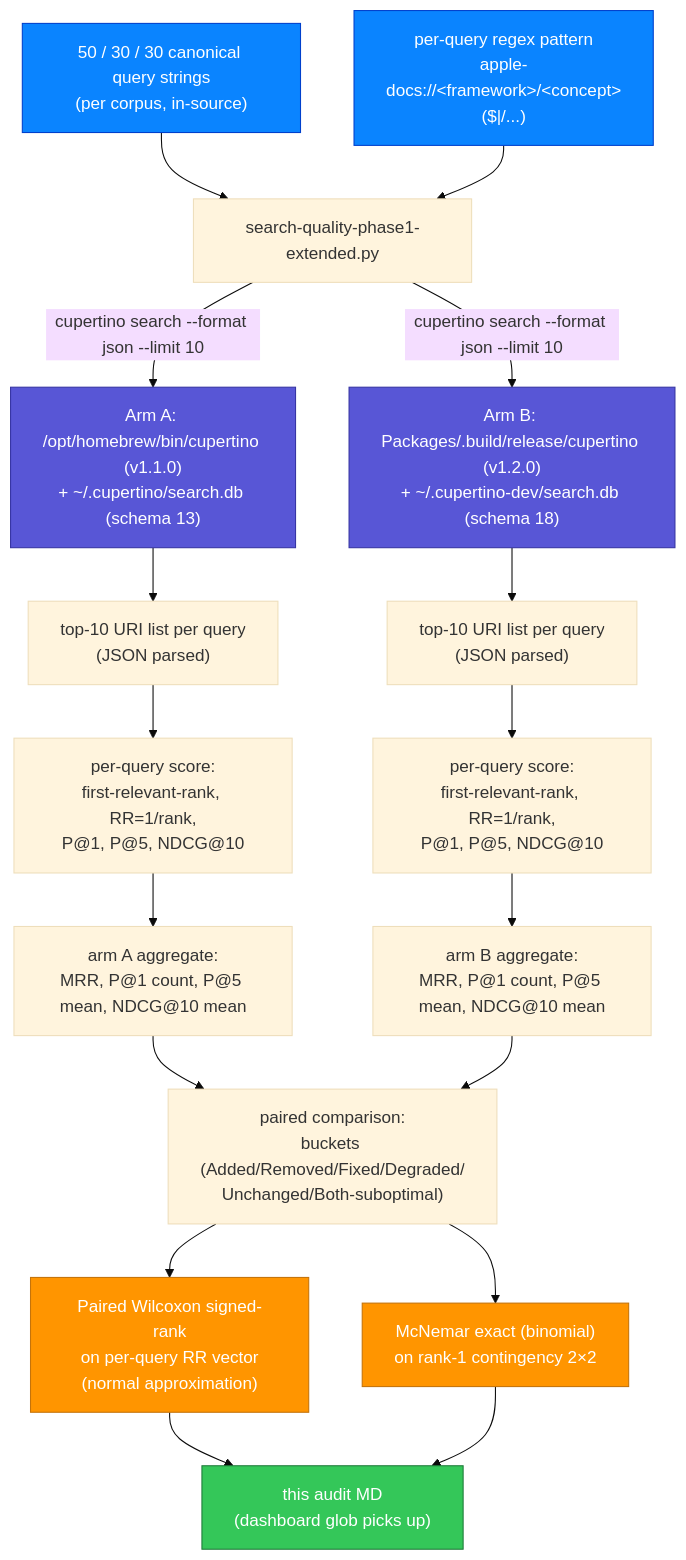
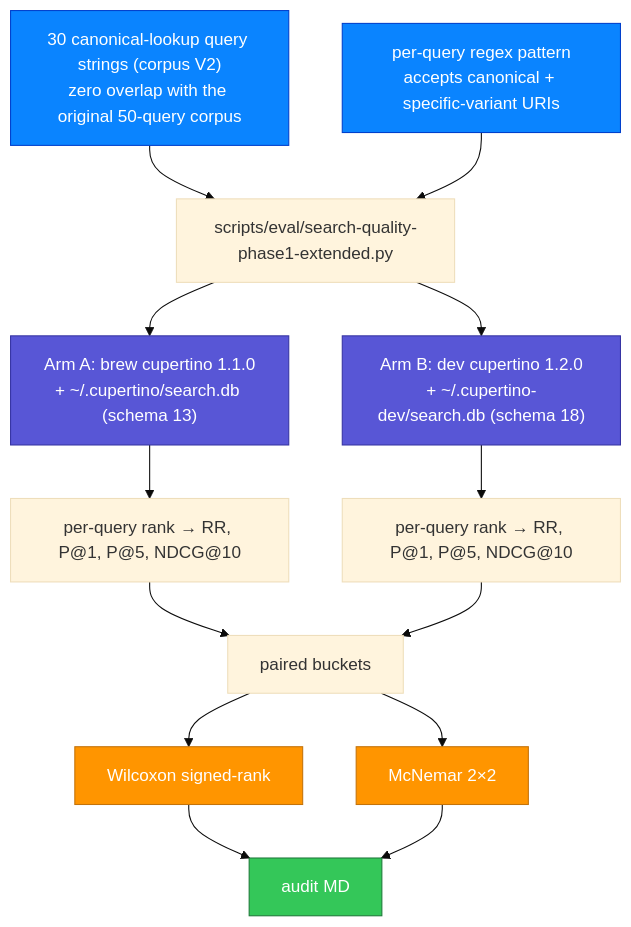
Before and after one commit to mihaelamj/cupertino: the diagram in docs/audits/search-quality-versiondiff-v1.1.0-to-v1.2.0-canonical-v2.md, drawn with Mermaid (base theme). The commit also changed other lines of this file and 8 other files, not shown here.

````diff
--- a/docs/audits/search-quality-versiondiff-v1.1.0-to-v1.2.0-canonical-v2.md
+++ b/docs/audits/search-quality-versiondiff-v1.1.0-to-v1.2.0-canonical-v2.md
@@ -72,34 +72,27 @@
 ```mermaid
 flowchart TD
-    Q["50 / 30 / 30 canonical query strings<br/>(per corpus, in-source)"]:::input
-    R["per-query regex pattern<br/>apple-docs://&lt;framework&gt;/&lt;concept&gt;($|/...)"]:::input
-    Q --> H[search-quality-phase1-extended.py]
+    Q["30 canonical-lookup query strings (corpus V2)<br/>zero overlap with the original 50-query corpus"]:::input
+    R["per-query regex pattern<br/>accepts canonical + specific-variant URIs"]:::input
+    Q --> H[scripts/eval/search-quality-phase1-extended.py]
     R --> H
 
-    BA["Arm A: /opt/homebrew/bin/cupertino (v1.1.0)<br/>+ ~/.cupertino/search.db (schema 13)"]:::arm
-    BB["Arm B: Packages/.build/release/cupertino (v1.2.0)<br/>+ ~/.cupertino-dev/search.db (schema 18)"]:::arm
-    H -->|"cupertino search --format json --limit 10"| BA
-    H -->|"cupertino search --format json --limit 10"| BB
+    BA["Arm A: brew cupertino 1.1.0<br/>+ ~/.cupertino/search.db (schema 13)"]:::arm
+    BB["Arm B: dev cupertino 1.2.0<br/>+ ~/.cupertino-dev/search.db (schema 18)"]:::arm
+    H --> BA
+    H --> BB
 
-    BA --> JA["top-10 URI list per query<br/>(JSON parsed)"]
-    BB --> JB["top-10 URI list per query<br/>(JSON parsed)"]
+    BA --> SA["per-query rank → RR, P@1, P@5, NDCG@10"]
+    BB --> SB["per-query rank → RR, P@1, P@5, NDCG@10"]
 
-    JA --> SA["per-query score:<br/>first-relevant-rank, RR=1/rank,<br/>P@1, P@5, NDCG@10"]
-    JB --> SB["per-query score:<br/>first-relevant-rank, RR=1/rank,<br/>P@1, P@5, NDCG@10"]
-
-    SA --> AGA["arm A aggregate:<br/>MRR, P@1 count, P@5 mean, NDCG@10 mean"]
-    SB --> AGB["arm B aggregate:<br/>MRR, P@1 count, P@5 mean, NDCG@10 mean"]
-
-    AGA --> PAIR["paired comparison:<br/>buckets (Added/Removed/Fixed/Degraded/<br/>Unchanged/Both-suboptimal)"]
-    AGB --> PAIR
-    PAIR --> WX["Paired Wilcoxon signed-rank<br/>on per-query RR vector<br/>(normal approximation)"]:::stat
-    PAIR --> MC["McNemar exact (binomial)<br/>on rank-1 contingency 2×2"]:::stat
-
-    WX --> MD["this audit MD<br/>(dashboard glob picks up)"]:::out
+    SA --> PAIR["paired buckets"]
+    SB --> PAIR
+    PAIR --> WX["Wilcoxon signed-rank"]:::stat
+    PAIR --> MC["McNemar 2×2"]:::stat
+    WX --> MD["audit MD"]:::out
     MC --> MD
 
     classDef input fill:#0a84ff,stroke:#0040cc,color:#fff
     classDef arm fill:#5856d6,stroke:#3634a3,color:#fff
     classDef stat fill:#ff9500,stroke:#c4730a,color:#fff
     classDef out fill:#34c759,stroke:#1f7a3a,color:#fff
 ```
````
